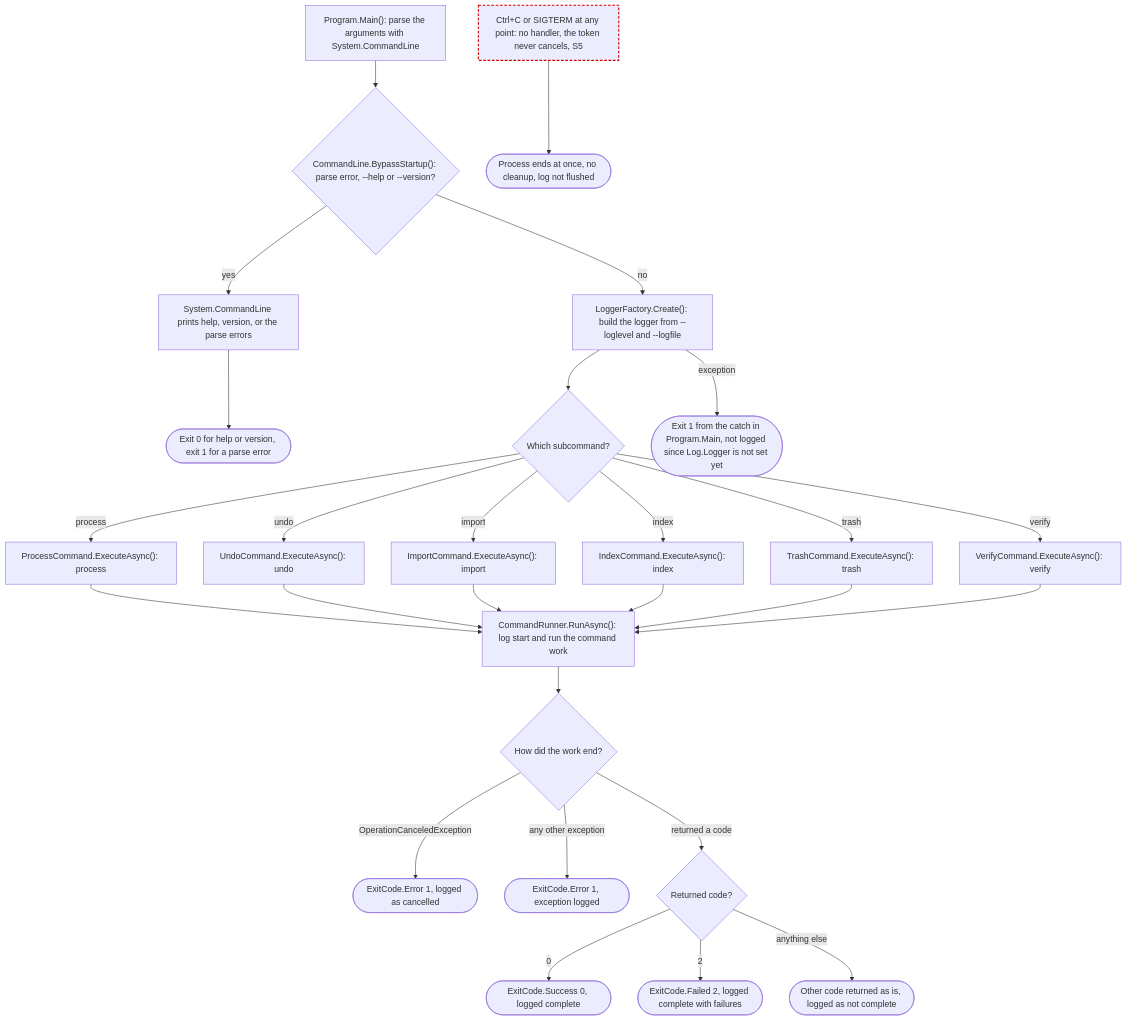
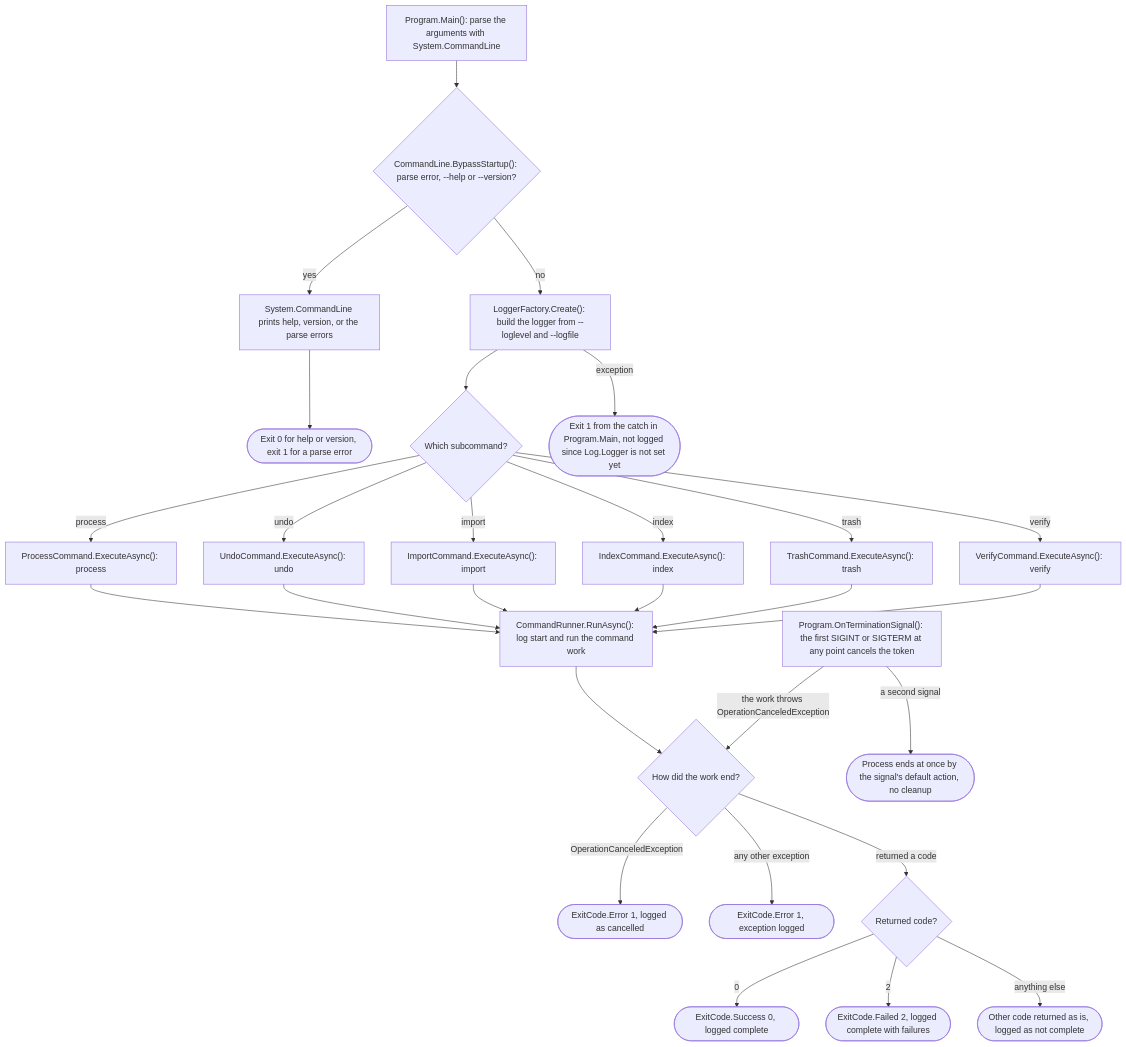
One commit to ptr727/PhotoCleaner changed the first of 23 diagrams in ARCHITECTURE.md. Above: the diagram before and after it, drawn with Mermaid. The commit also changed other lines of this file and 2 other files, not shown here.

Commit message:
Cancel the Run on Ctrl+C or SIGTERM So Each Command Cleans Up
Program.Main now registers its own SIGINT and SIGTERM handler. The first
signal cancels the token the command runs with and keeps the process
alive, so CliWrap kills the child tool, the temp output is removed, and
the log closes with the cancel. A second signal takes the default action,
for a cancel path that hangs. The run exits 1, as README documents.

System.CommandLine's own handler stays off, since it returns 130 or 143
once its timeout passes while the cancel path may still be running.

The Run Flow diagram draws the handler, and suspect S5 is removed.

````diff
--- a/ARCHITECTURE.md
+++ b/ARCHITECTURE.md
@@ -118,53 +118,54 @@
 ```mermaid
 flowchart TD
   main["Program.Main(): parse the arguments with System.CommandLine"]
   bypass{"CommandLine.BypassStartup(): parse error, --help or --version?"}
   scl["System.CommandLine prints help, version, or the parse errors"]
   sclEnd(["Exit 0 for help or version, exit 1 for a parse error"])
   logger["LoggerFactory.Create(): build the logger from --loglevel and --logfile"]
   dispatch{"Which subcommand?"}
   process["ProcessCommand.ExecuteAsync(): process"]
   undo["UndoCommand.ExecuteAsync(): undo"]
   import["ImportCommand.ExecuteAsync(): import"]
   index["IndexCommand.ExecuteAsync(): index"]
   trash["TrashCommand.ExecuteAsync(): trash"]
   verify["VerifyCommand.ExecuteAsync(): verify"]
   runner["CommandRunner.RunAsync(): log start and run the command work"]
   how{"How did the work end?"}
   cancelled(["ExitCode.Error 1, logged as cancelled"])
   thrown(["ExitCode.Error 1, exception logged"])
   code{"Returned code?"}
   ok(["ExitCode.Success 0, logged complete"])
   failed(["ExitCode.Failed 2, logged complete with failures"])
   other(["Other code returned as is, logged as not complete"])
   mainCatch(["Exit 1 from the catch in Program.Main, not logged since Log.Logger is not set yet"])
-  ctrlc["Ctrl+C or SIGTERM at any point: no handler, the token never cancels, S5"]:::suspect
-  killed(["Process ends at once, no cleanup, log not flushed"])
+  signal["Program.OnTerminationSignal(): the first SIGINT or SIGTERM at any point cancels the token"]
+  killed(["Process ends at once by the signal's default action, no cleanup"])
 
   main --> bypass
   bypass -->|"yes"| scl --> sclEnd
   bypass -->|"no"| logger
   logger -->|"exception"| mainCatch
   logger --> dispatch
   dispatch -->|"process"| process
   dispatch -->|"undo"| undo
   dispatch -->|"import"| import
   dispatch -->|"index"| index
   dispatch -->|"trash"| trash
   dispatch -->|"verify"| verify
   process --> runner
   undo --> runner
   import --> runner
   index --> runner
   trash --> runner
   verify --> runner
   runner --> how
   how -->|"OperationCanceledException"| cancelled
   how -->|"any other exception"| thrown
   how -->|"returned a code"| code
   code -->|"0"| ok
   code -->|"2"| failed
   code -->|"anything else"| other
-  ctrlc --> killed
+  signal -->|"the work throws OperationCanceledException"| how
+  signal -->|"a second signal"| killed
   classDef suspect stroke:#c00,stroke-width:2px,stroke-dasharray:5 3
 ```
````
